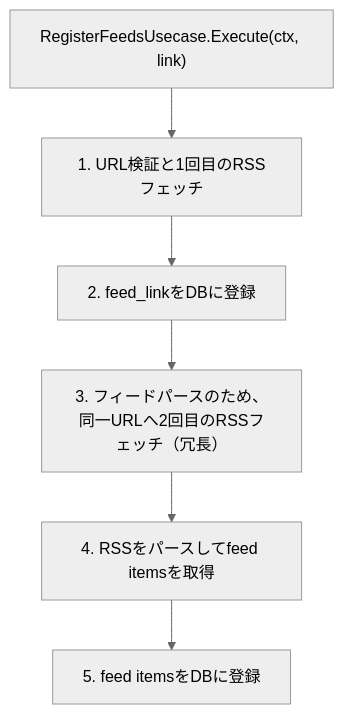
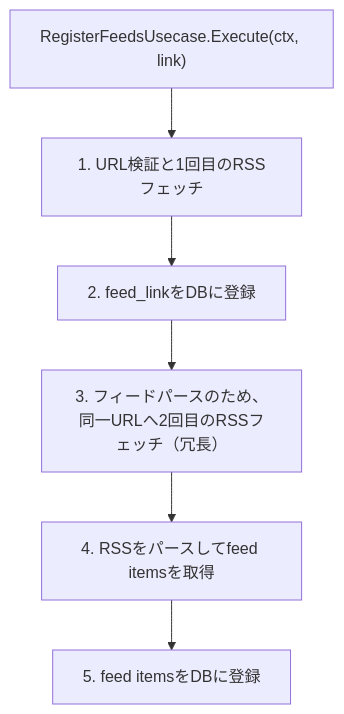
Before and after one commit to Kaikei-e/Zenn: the first of 2 diagrams in articles/ad129f6fb2ed39.md, drawn with Mermaid. The commit also changed other lines of this file, not shown here.

````diff
--- a/articles/ad129f6fb2ed39.md
+++ b/articles/ad129f6fb2ed39.md
@@ -121,11 +121,11 @@
 ```mermaid
-%%{init:{'theme':'neutral'}}%%
+%%{init:{'flowchart':{'htmlLabels':false}}}%%
 flowchart TD
     U["RegisterFeedsUsecase.Execute(ctx, link)"]
 
     U --> S1["1. URL検証と1回目のRSSフェッチ"]
     S1 --> S2["2. feed_linkをDBに登録"]
     S2 --> S3["3. フィードパースのため、同一URLへ2回目のRSSフェッチ（冗長）"]
     S3 --> S4["4. RSSをパースしてfeed itemsを取得"]
     S4 --> S5["5. feed itemsをDBに登録"]
 ```
````
